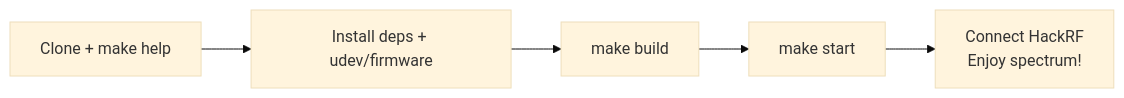
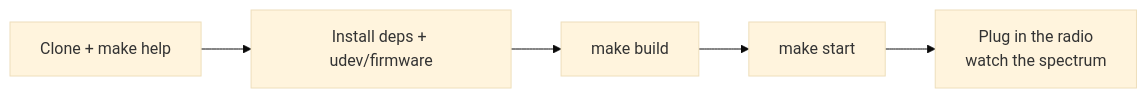
Before and after one commit to chris-piekarski/hackrf-spectrum-analyzer: the diagram in docs/getting-started.md, drawn with Mermaid (base theme). The commit also changed other lines of this file and 79 other files, not shown here.

````diff
--- a/docs/getting-started.md
+++ b/docs/getting-started.md
@@ -3,7 +3,7 @@
 ```mermaid
 flowchart LR
     A[Clone + make help] --> B[Install deps + udev/firmware]
     B --> C[make build]
     C --> D[make start]
-    D --> E[Connect HackRF<br/>Enjoy spectrum!]
+    D --> E[Plug in the radio<br/>watch the spectrum]
 ```
````
